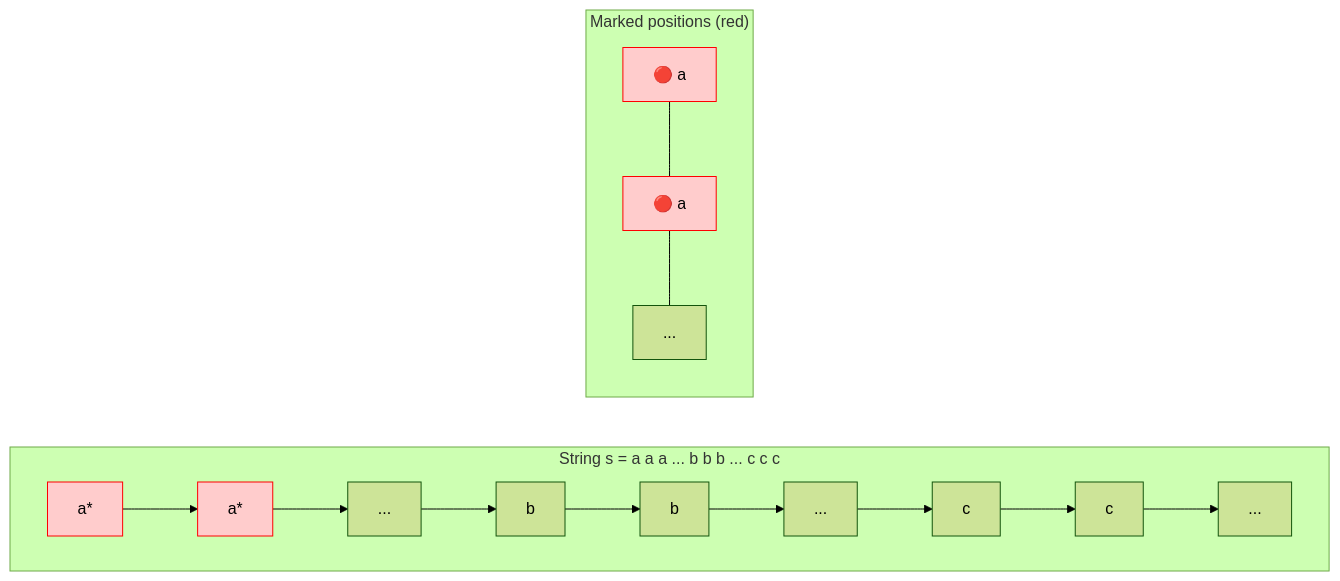
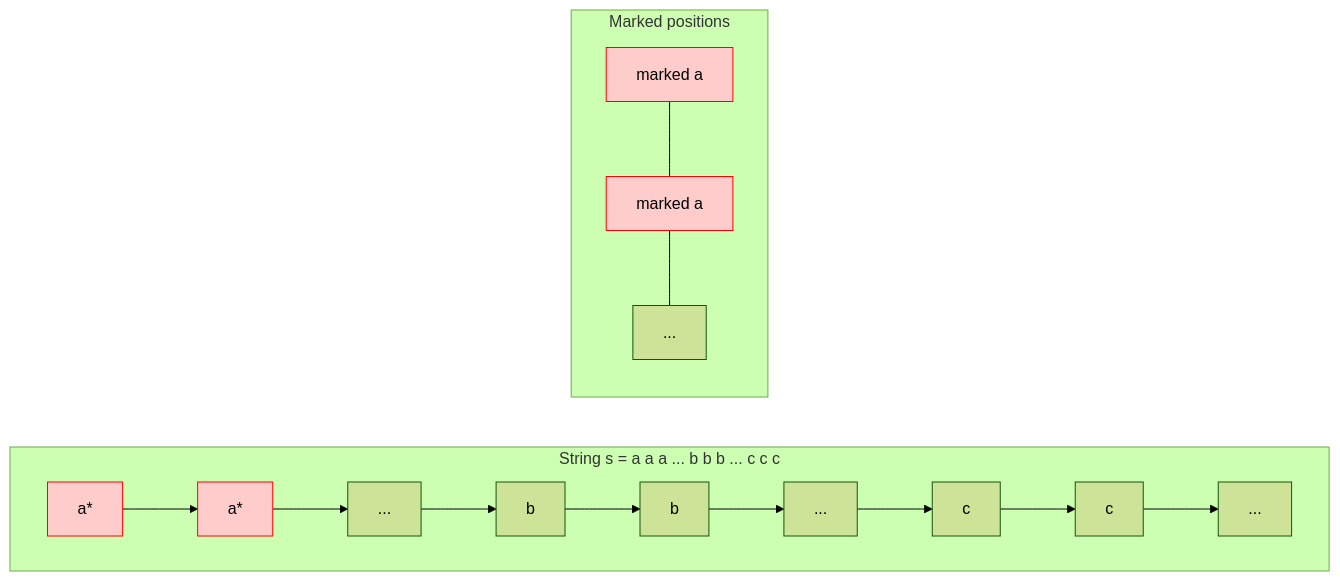
The third of 3 diagrams in Theory Of Computation/Ch08 - Pumping Lemma for Context-Free Languages.md (manishkumar8312/CS-Fundamentals), drawn with Mermaid (forest theme) before and after one commit. The commit also changed other lines of this file, not shown here.

````diff
--- a/Theory Of Computation/Ch08 - Pumping Lemma for Context-Free Languages.md
+++ b/Theory Of Computation/Ch08 - Pumping Lemma for Context-Free Languages.md
@@ -125,14 +148,14 @@
 ```mermaid
 flowchart LR
     subgraph "String s = a a a ... b b b ... c c c"
         direction LR
         A1["a*"] --> A2["a*"] --> A3["..."] --> B1["b"] --> B2["b"] --> B3["..."] --> C1["c"] --> C2["c"] --> C3["..."]
     end
-    subgraph "Marked positions (red)"
-        M1["🔴 a"] --- M2["🔴 a"] --- M3["..."]
+    subgraph "Marked positions"
+        M1["marked a"] --- M2["marked a"] --- M3["..."]
     end
     style A1 fill:#ffcccc,stroke:#f00
     style A2 fill:#ffcccc,stroke:#f00
     style M1 fill:#ffcccc,stroke:#f00
     style M2 fill:#ffcccc,stroke:#f00
 ```
````
